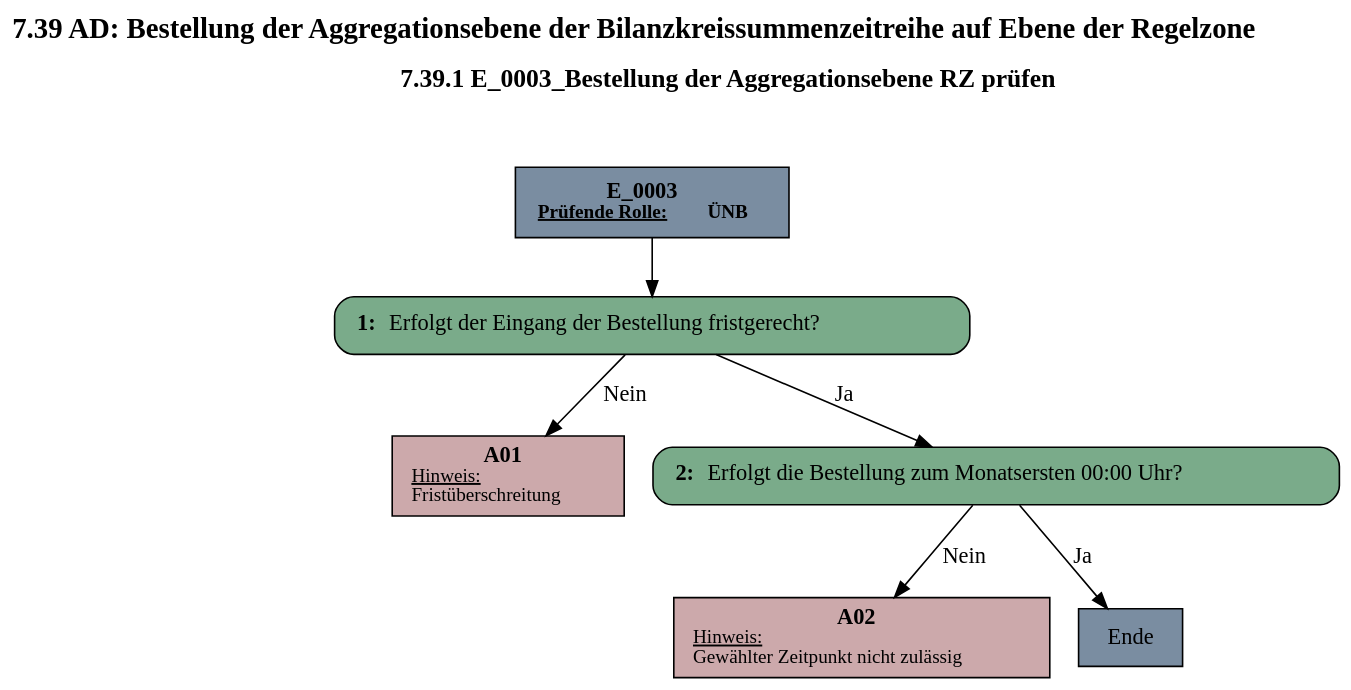
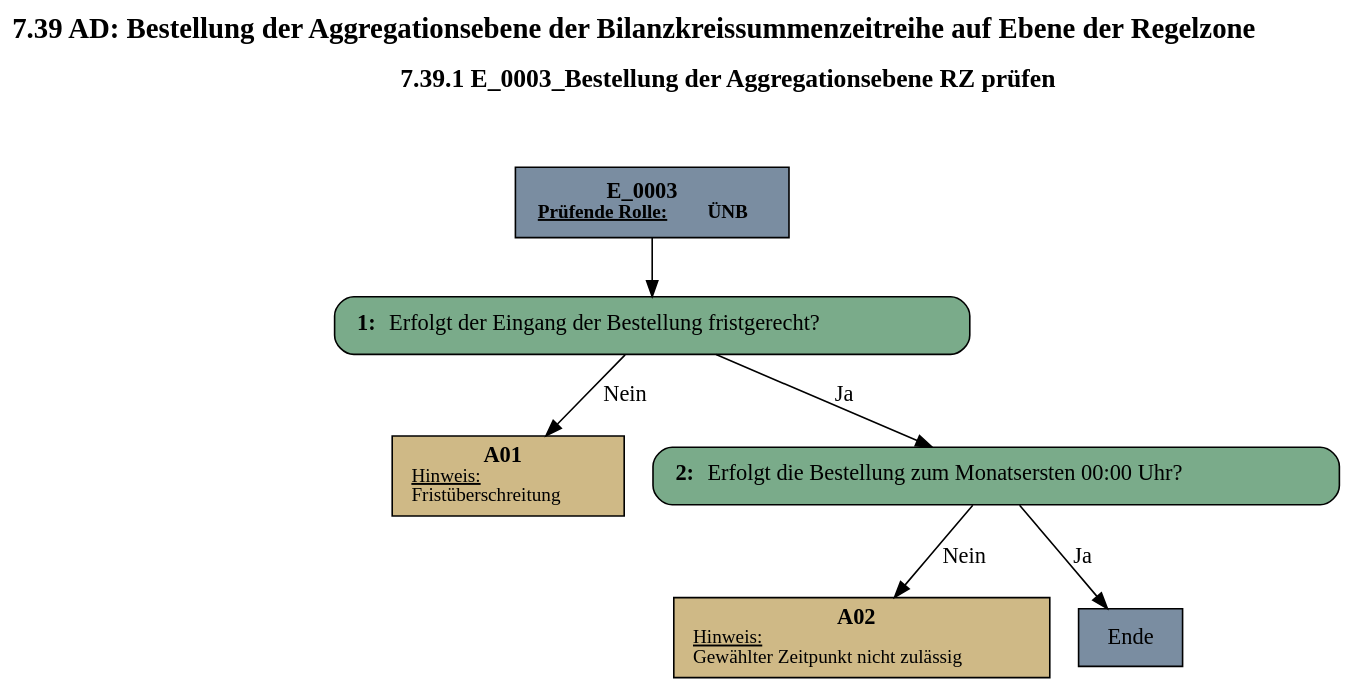
One commit to Hochfrequenz/rebdhuhn changed the diagram in unittests/output/E_0003.dot. Above: the diagram before and after it, drawn with Graphviz. The commit also changed 13 other files, not shown here.

```diff
--- a/unittests/output/E_0003.dot
+++ b/unittests/output/E_0003.dot
@@ -1,18 +1,18 @@
 digraph D {
     labelloc="t";
     label=<<B><FONT POINT-SIZE="18">7.39 AD: Bestellung der Aggregationsebene der Bilanzkreissummenzeitreihe auf Ebene der Regelzone</FONT></B><BR/><BR/><B><FONT POINT-SIZE="16">7.39.1 E_0003_Bestellung der Aggregationsebene RZ prüfen</FONT></B><BR/><BR/><BR/><BR/>>;
     "Start" [margin="0.2,0.12", shape=box, style=filled, fillcolor="#7a8da1", label=<<B>E_0003</B><BR align="center"/><FONT point-size="12"><B><U>Prüfende Rolle:</U> ÜNB</B></FONT><BR align="center"/>>];
     "1" [margin="0.2,0.12", shape=box, style="filled,rounded", fillcolor="#7aab8a", label=<<B>1: </B>Erfolgt der Eingang der Bestellung fristgerecht?<BR align="left"/>>];
-    "A01" [margin="0.17,0.08", shape=box, style=filled, fillcolor="#cca9ab", label=<<B>A01</B><BR align="center"/><FONT point-size="12"><U>Hinweis:</U><BR align="left"/>Fristüberschreitung<BR align="left"/></FONT>>];
+    "A01" [margin="0.17,0.08", shape=box, style=filled, fillcolor="#cfb986", label=<<B>A01</B><BR align="center"/><FONT point-size="12"><U>Hinweis:</U><BR align="left"/>Fristüberschreitung<BR align="left"/></FONT>>];
     "2" [margin="0.2,0.12", shape=box, style="filled,rounded", fillcolor="#7aab8a", label=<<B>2: </B>Erfolgt die Bestellung zum Monatsersten 00:00 Uhr?<BR align="left"/>>];
-    "A02" [margin="0.17,0.08", shape=box, style=filled, fillcolor="#cca9ab", label=<<B>A02</B><BR align="center"/><FONT point-size="12"><U>Hinweis:</U><BR align="left"/>Gewählter Zeitpunkt nicht zulässig<BR align="left"/></FONT>>];
+    "A02" [margin="0.17,0.08", shape=box, style=filled, fillcolor="#cfb986", label=<<B>A02</B><BR align="center"/><FONT point-size="12"><U>Hinweis:</U><BR align="left"/>Gewählter Zeitpunkt nicht zulässig<BR align="left"/></FONT>>];
     "Ende" [margin="0.2,0.12", shape=box, style=filled, fillcolor="#7a8da1", label="Ende"];
 
     "Start" -> "1";
     "1" -> "A01" [label="Nein"];
     "1" -> "2" [label="Ja"];
     "2" -> "A02" [label="Nein"];
     "2" -> "Ende" [label="Ja"];
 
     bgcolor="transparent";
 }
```
